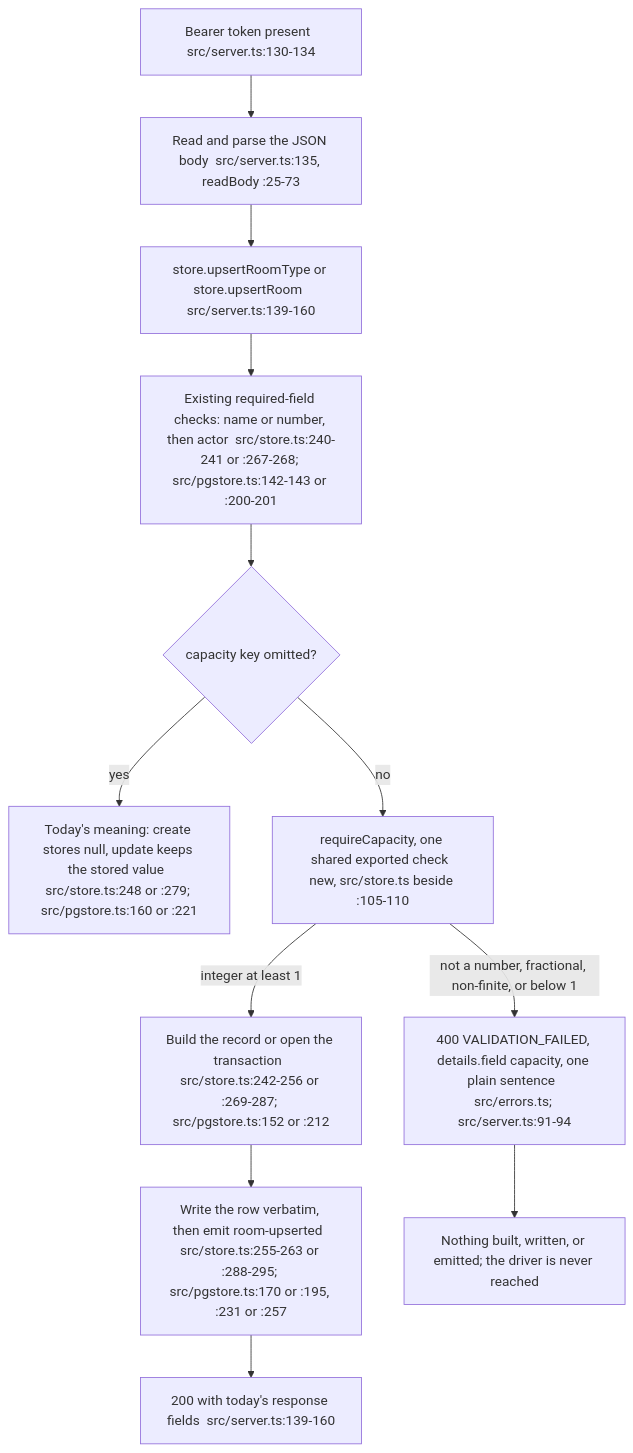
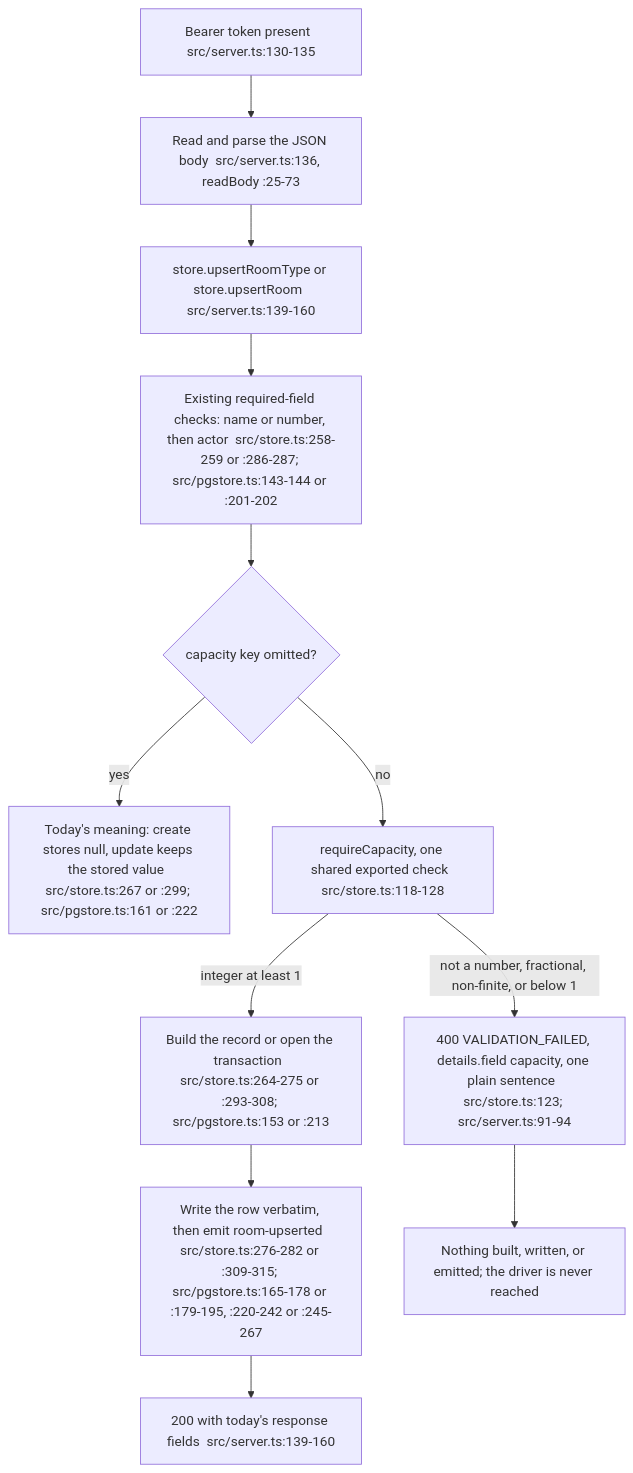
The fifth of 5 diagrams in docs/architecture/services/rooms.md (MingChen1501/hotel-mgmt), drawn with Mermaid before and after one commit. The commit also changed other lines of this file and 22 other files, not shown here.

First line of the commit message:
fix(rooms): Refuse a capacity that is not a whole number of at least 1 (#780)

````diff
--- a/docs/architecture/services/rooms.md
+++ b/docs/architecture/services/rooms.md
@@ -317,14 +318,14 @@
 ```mermaid
 flowchart TD
-    A[Bearer token present  src/server.ts:130-134] --> B[Read and parse the JSON body  src/server.ts:135, readBody :25-73]
+    A[Bearer token present  src/server.ts:130-135] --> B[Read and parse the JSON body  src/server.ts:136, readBody :25-73]
     B --> C[store.upsertRoomType or store.upsertRoom  src/server.ts:139-160]
-    C --> D[Existing required-field checks: name or number, then actor  src/store.ts:240-241 or :267-268; src/pgstore.ts:142-143 or :200-201]
+    C --> D[Existing required-field checks: name or number, then actor  src/store.ts:258-259 or :286-287; src/pgstore.ts:143-144 or :201-202]
     D --> E{capacity key omitted?}
-    E -->|yes| F[Today's meaning: create stores null, update keeps the stored value  src/store.ts:248 or :279; src/pgstore.ts:160 or :221]
-    E -->|no| G[requireCapacity, one shared exported check  new, src/store.ts beside :105-110]
-    G -->|not a number, fractional, non-finite, or below 1| R[400 VALIDATION_FAILED, details.field capacity, one plain sentence  src/errors.ts; src/server.ts:91-94]
-    G -->|integer at least 1| H[Build the record or open the transaction  src/store.ts:242-256 or :269-287; src/pgstore.ts:152 or :212]
-    H --> I[Write the row verbatim, then emit room-upserted  src/store.ts:255-263 or :288-295; src/pgstore.ts:170 or :195, :231 or :257]
+    E -->|yes| F[Today's meaning: create stores null, update keeps the stored value  src/store.ts:267 or :299; src/pgstore.ts:161 or :222]
+    E -->|no| G[requireCapacity, one shared exported check  src/store.ts:118-128]
+    G -->|not a number, fractional, non-finite, or below 1| R[400 VALIDATION_FAILED, details.field capacity, one plain sentence  src/store.ts:123; src/server.ts:91-94]
+    G -->|integer at least 1| H[Build the record or open the transaction  src/store.ts:264-275 or :293-308; src/pgstore.ts:153 or :213]
+    H --> I[Write the row verbatim, then emit room-upserted  src/store.ts:276-282 or :309-315; src/pgstore.ts:165-178 or :179-195, :220-242 or :245-267]
     I --> J[200 with today's response fields  src/server.ts:139-160]
     R --> N[Nothing built, written, or emitted; the driver is never reached]
 ```
````
